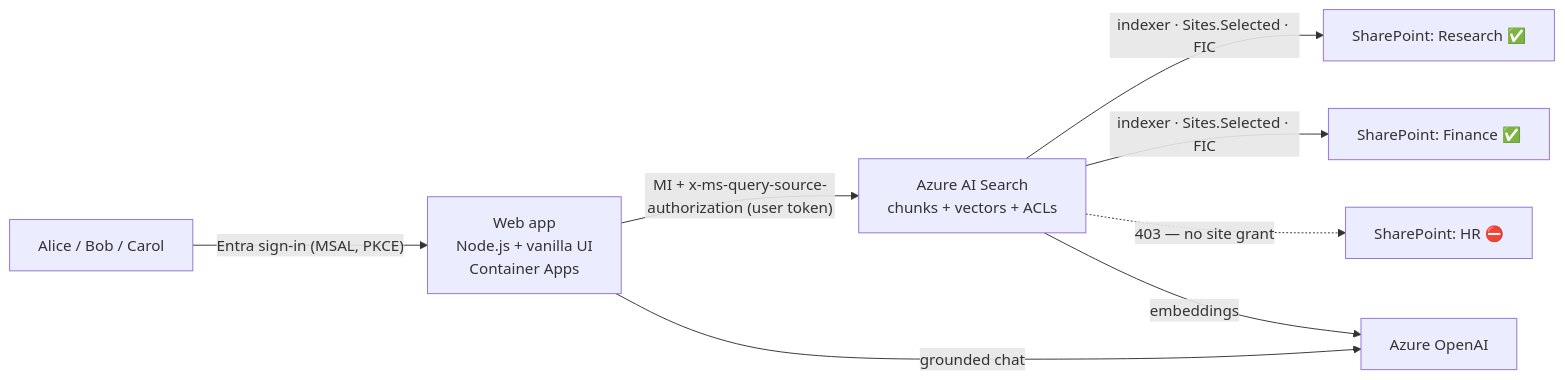
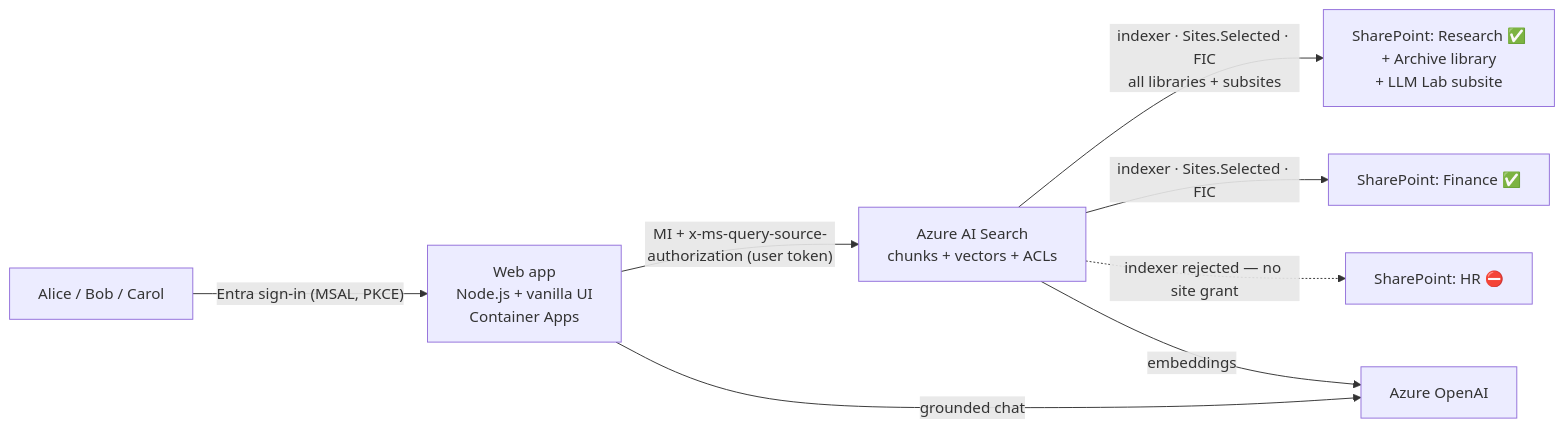
One commit to san360/aisearch-sharepoint-acl changed the diagram in README.md. Above: the diagram before and after it, drawn with Mermaid. The commit also changed other lines of this file and 26 other files, not shown here.

First line of the commit message:
Subsite, second library and indexing-scope validation; live Access tab; site-grant view; purge on cleanup

````diff
--- a/README.md
+++ b/README.md
@@ -24,10 +25,10 @@
 ```mermaid
 flowchart LR
   U[Alice / Bob / Carol] -- Entra sign-in (MSAL, PKCE) --> W[Web app<br/>Node.js + vanilla UI<br/>Container Apps]
   W -- "MI + x-ms-query-source-authorization (user token)" --> S[Azure AI Search<br/>chunks + vectors + ACLs]
   W -- grounded chat --> O[Azure OpenAI]
-  S -- "indexer · Sites.Selected · FIC" --> R[SharePoint: Research ✅]
+  S -- "indexer · Sites.Selected · FIC<br/>all libraries + subsites" --> R[SharePoint: Research ✅<br/>+ Archive library<br/>+ LLM Lab subsite]
   S -- "indexer · Sites.Selected · FIC" --> F[SharePoint: Finance ✅]
-  S -. "403 — no site grant" .-> H[SharePoint: HR ⛔]
+  S -. "indexer rejected — no site grant" .-> H[SharePoint: HR ⛔]
   S -- embeddings --> O
 ```
````
